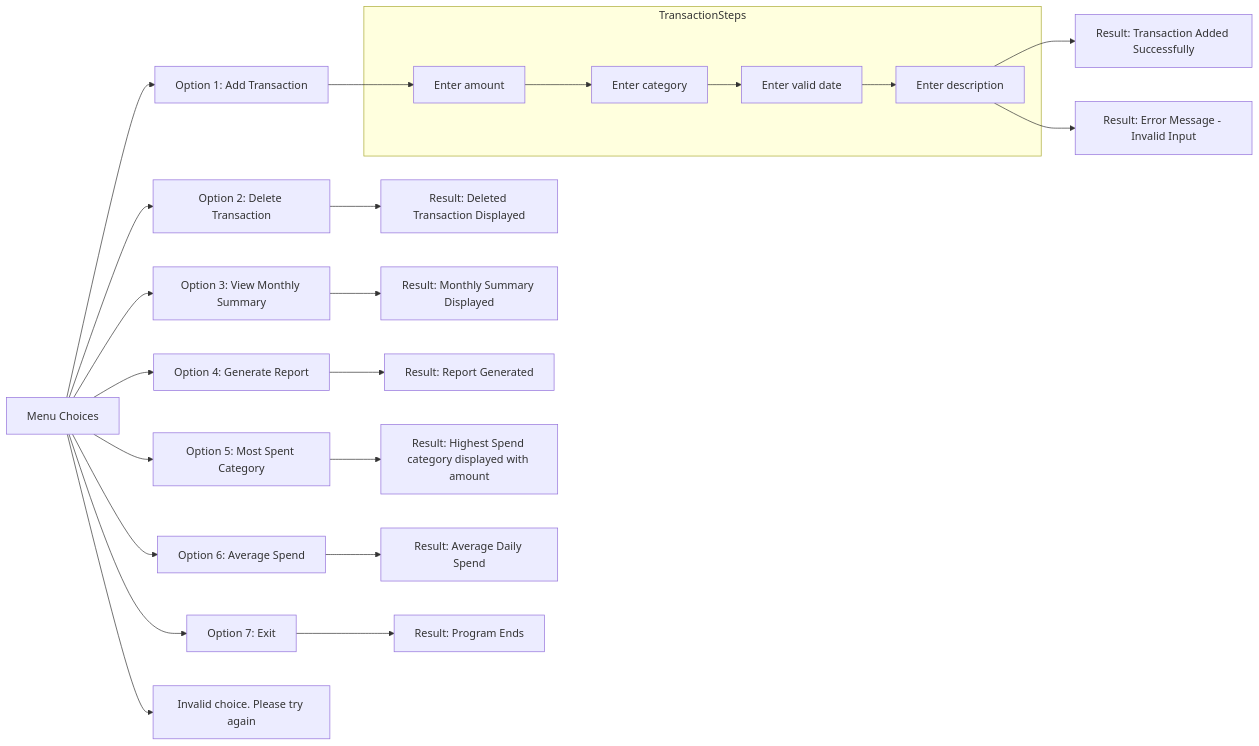
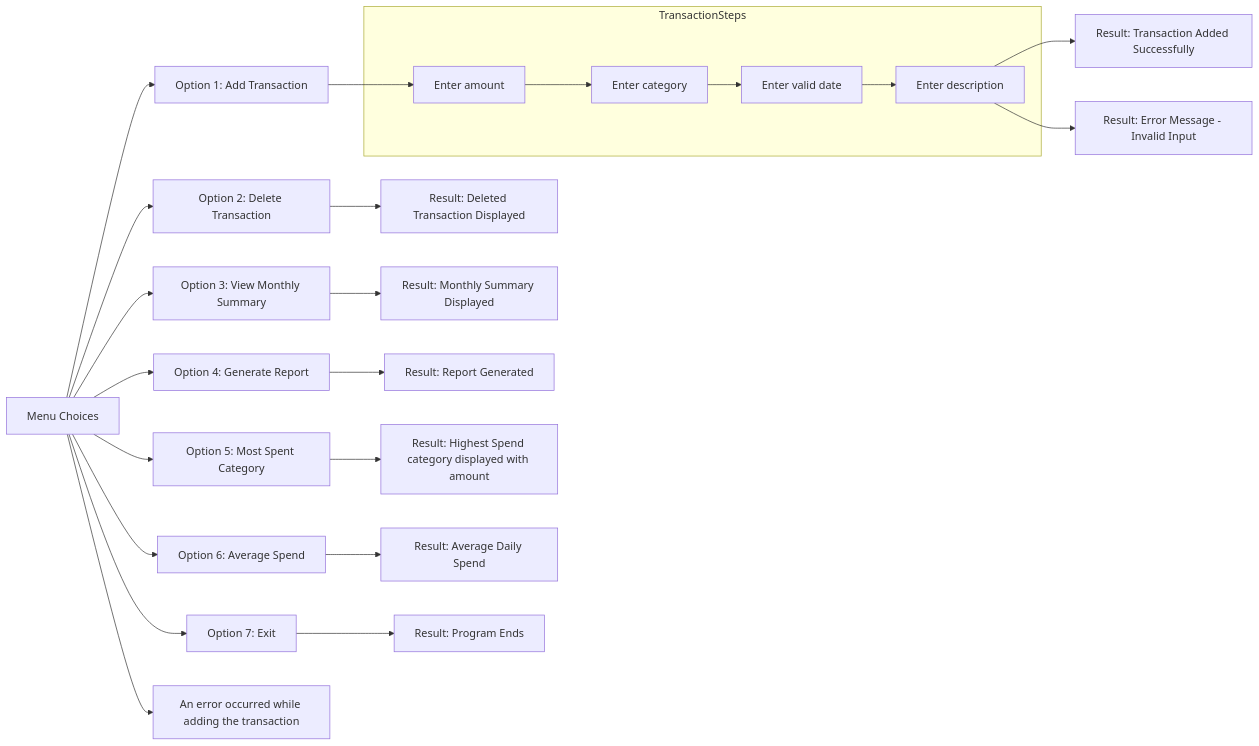
One commit to Kemar-Brown/CS50project changed the first of 3 diagrams in README.md. Above: the diagram before and after it, drawn with Mermaid.

Commit message:
edits to main

````diff
--- a/README.md
+++ b/README.md
@@ -528,35 +528,35 @@
 ```mermaid
 flowchart LR
     A[Menu Choices] --> B[Option 1: Add Transaction]
     A --> C[Option 2: Delete Transaction]
     A --> C1[Option 3: View Monthly Summary]
     A --> C2[Option 4: Generate Report]
     A --> D[Option 5: Most Spent Category]
     A --> E[Option 6: Average Spend ]
 
     A --> F[Option 7: Exit]
     
     %% Results of each option
     B --> L
     C --> H[Result: Deleted Transaction Displayed]
     C1 --> C3[Result: Monthly Summary Displayed]
     C2 --> C4[Result: Report Generated]
     D --> I[Result: Highest Spend category displayed with amount]
     E --> J[Result: Average Daily Spend]
     F --> K[Result: Program Ends]
 
     %% Transaction steps expanded
     subgraph TransactionSteps
         L[Enter amount] --> M[Enter category]
         M --> N[Enter valid date]
         N --> O[Enter description]
     end
 
     %% Two possible outcomes after transaction steps
     O --> G[Result: Transaction Added Successfully]
     O --> G2[Result: Error Message - Invalid Input]
 
     %% Invalid choice branch
-    A --> P[Invalid choice. Please try again]
+    A --> P[An error occurred while adding the transaction]
 
 ```
````
